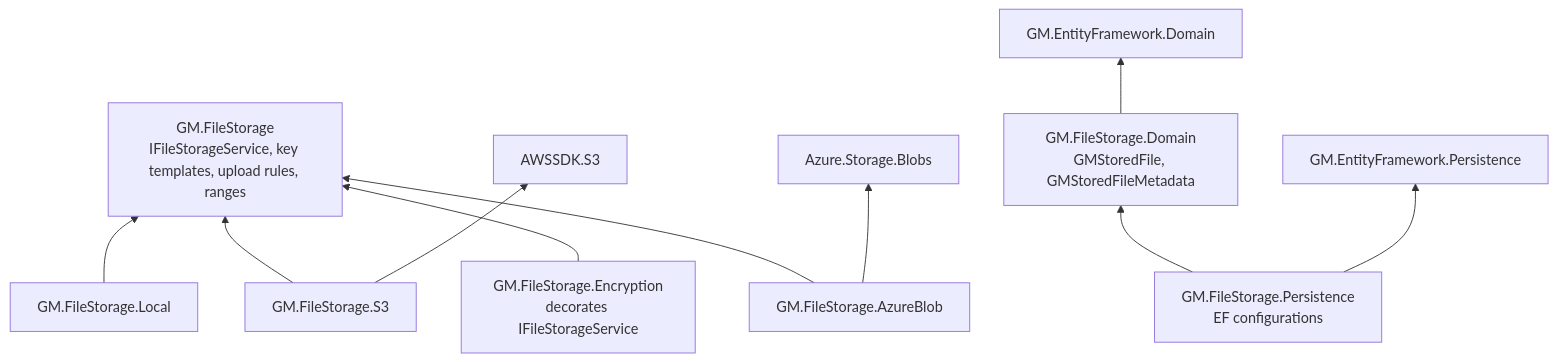
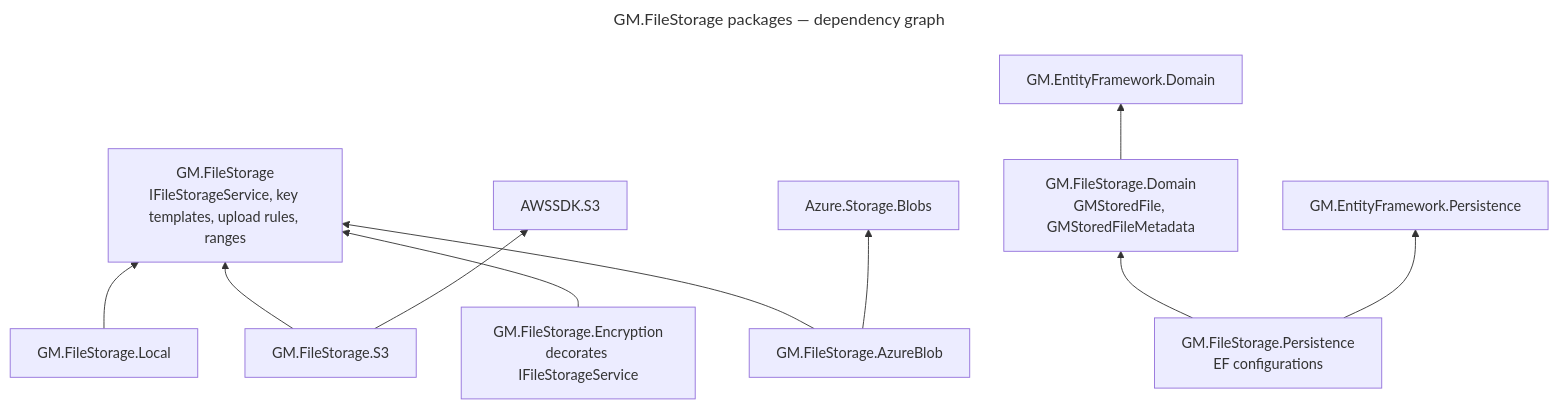
The fourth of 6 diagrams in docs/dependencies.md (gmetskhvarishvili/GM.FileStorage.Samples), drawn with Mermaid before and after one commit. The commit also changed other lines of this file and 7 other files, not shown here.

First line of the commit message:
docs: name every diagram "subject — kind" and index them

````diff
--- a/docs/dependencies.md
+++ b/docs/dependencies.md
@@ -138,14 +150,17 @@
 ```mermaid
+---
+title: GM.FileStorage packages — dependency graph
+---
 flowchart BT
     fs[GM.FileStorage<br/>IFileStorageService, key templates, upload rules, ranges]
     local[GM.FileStorage.Local] --> fs
     s3[GM.FileStorage.S3] --> fs
     azure[GM.FileStorage.AzureBlob] --> fs
     enc[GM.FileStorage.Encryption<br/>decorates IFileStorageService] --> fs
     s3 --> aws[AWSSDK.S3]
     azure --> blobs[Azure.Storage.Blobs]
 
     fsDomain[GM.FileStorage.Domain<br/>GMStoredFile, GMStoredFileMetadata] --> efDomain[GM.EntityFramework.Domain]
     fsPers[GM.FileStorage.Persistence<br/>EF configurations] --> fsDomain
     fsPers --> efPers[GM.EntityFramework.Persistence]
 ```
````
